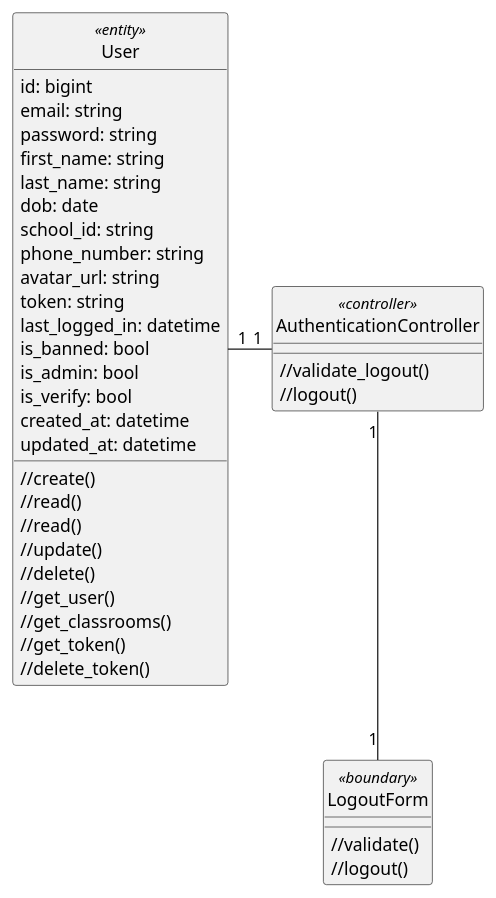
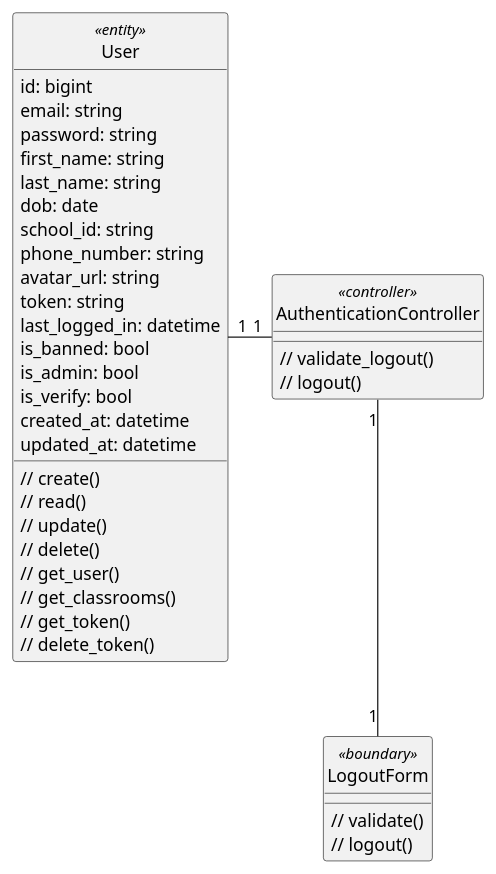
The diagram in class - analysis/authentication/logout.plantuml (anonyhostvn/OOAD-Diagram), drawn with PlantUML before and after one commit. The commit also changed 9 other files, not shown here.

Commit message:
authentication Class diagram update2

```diff
--- a/class - analysis/authentication/logout.plantuml
+++ b/class - analysis/authentication/logout.plantuml
@@ -1,51 +1,50 @@
 @startuml login
 
 class User <<entity>> {
     id: bigint
     email: string
     password: string
     first_name: string
     last_name: string
     dob: date
     school_id: string
     phone_number: string
     avatar_url: string
     token: string
     last_logged_in: datetime
     is_banned: bool
     is_admin: bool
     is_verify: bool
     created_at: datetime
     updated_at: datetime
 
-    //create()
-    //read()
-    //read()
-    //update()
-    //delete()
-    //get_user()
-    //get_classrooms()
-    //get_token()
-    //delete_token()
+    // create()
+    // read()
+    // update()
+    // delete()
+    // get_user()
+    // get_classrooms()
+    // get_token()
+    // delete_token()
 }
 
 class LogoutForm <<boundary>> {
-    //validate()
-    //logout()
+    // validate()
+    // logout()
 }
 
 class AuthenticationController <<controller>> {
-    //validate_logout()
-    //logout()
+    // validate_logout()
+    // logout()
 }
 
 hide User <<entity>> circle
 hide LogoutForm <<boundary>> circle
 hide AuthenticationController <<controller>> circle
 
 AuthenticationController "1" -left- "1" User
 AuthenticationController "1" -down- "1" LogoutForm
 
 
 
 @enduml
```
